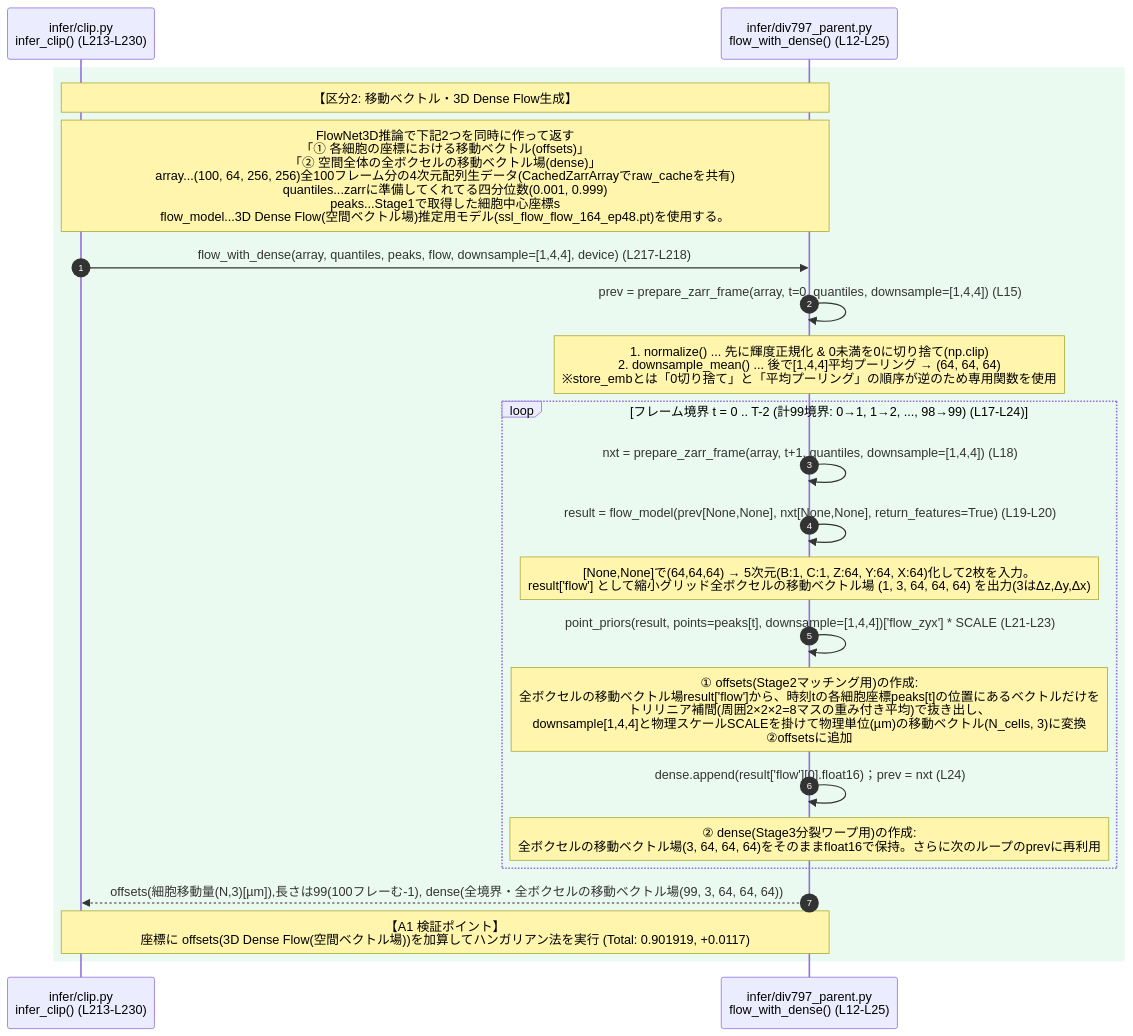
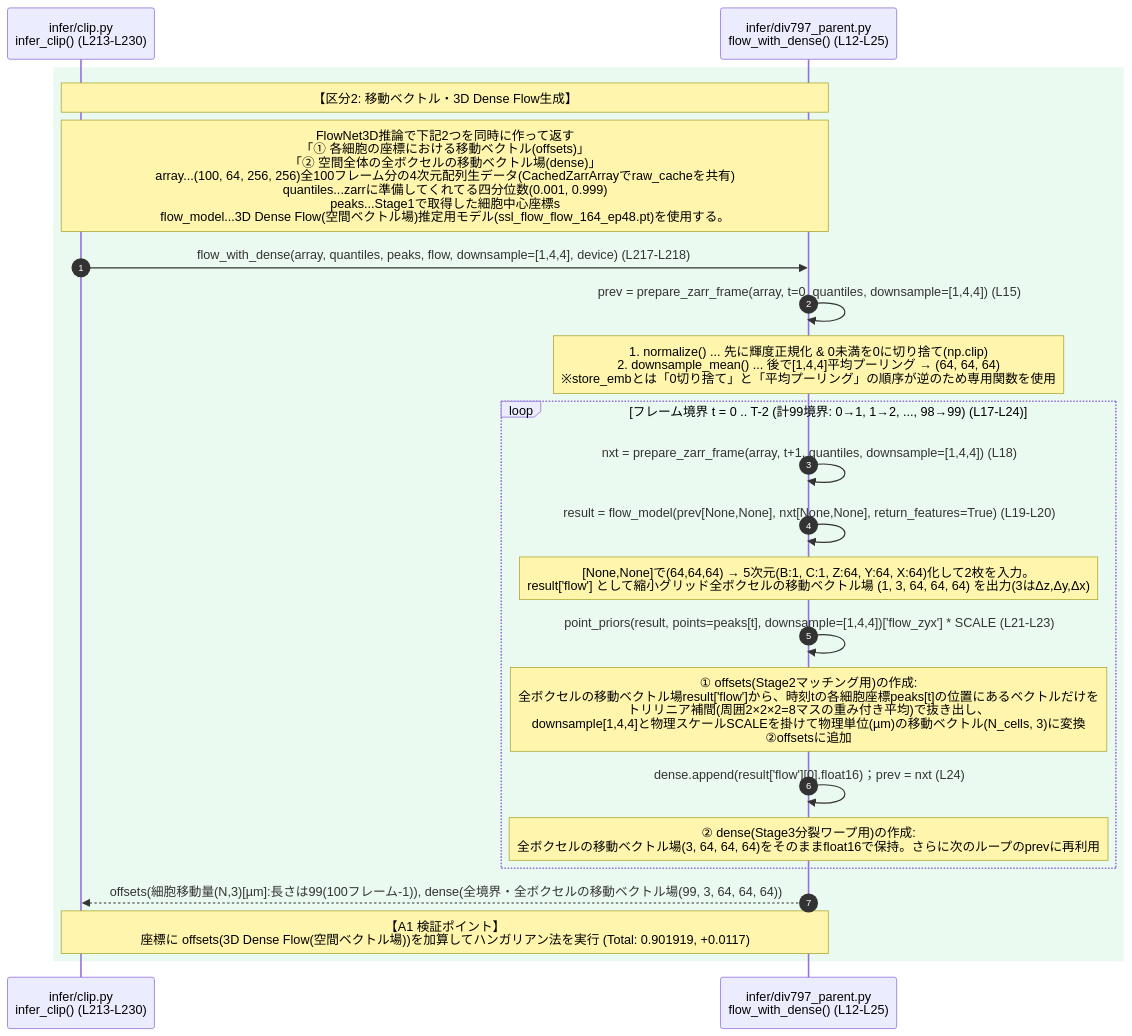
The fifth of 10 diagrams in episode/Summary&Conclusion/3rd-place-summary.md (kito2718/kgle_001_BCT_Episode), drawn with Mermaid before and after one commit. The commit also changed other lines of this file, not shown here.

````diff
--- a/episode/Summary&Conclusion/3rd-place-summary.md
+++ b/episode/Summary&Conclusion/3rd-place-summary.md
@@ -330,26 +330,26 @@
 ```mermaid
 sequenceDiagram
     autonumber
     participant Clip as infer/clip.py<br/>infer_clip() (L213-L230)
     participant Flow as infer/div797_parent.py<br/>flow_with_dense() (L12-L25)
 
     rect rgb(235, 250, 240)
     Note over Clip, Flow: 【区分2: 移動ベクトル・3D Dense Flow生成】
     Note over Clip, Flow: FlowNet3D推論で下記2つを同時に作って返す<br/>「① 各細胞の座標における移動ベクトル(offsets)」<br/>「② 空間全体の全ボクセルの移動ベクトル場(dense)」<br/>array...(100, 64, 256, 256)全100フレーム分の4次元配列生データ(CachedZarrArrayでraw_cacheを共有)<br/>quantiles...zarrに準備してくれてる四分位数(0.001, 0.999)<br/>peaks...Stage1で取得した細胞中心座標s<br/>flow_model...3D Dense Flow(空間ベクトル場)推定用モデル(ssl_flow_flow_164_ep48.pt)を使用する。
     Clip->>Flow: flow_with_dense(array, quantiles, peaks, flow, downsample=[1,4,4], device) (L217-L218)
     Flow->>Flow: prev = prepare_zarr_frame(array, t=0, quantiles, downsample=[1,4,4]) (L15)
     Note over Flow: 1. normalize() ... 先に輝度正規化 & 0未満を0に切り捨て(np.clip)<br/>2. downsample_mean() ... 後で[1,4,4]平均プーリング → (64, 64, 64)<br/>※store_embとは「0切り捨て」と「平均プーリング」の順序が逆のため専用関数を使用
     loop フレーム境界 t = 0 .. T-2 (計99境界: 0→1, 1→2, ..., 98→99) (L17-L24)
         Flow->>Flow: nxt = prepare_zarr_frame(array, t+1, quantiles, downsample=[1,4,4]) (L18)
         Flow->>Flow: result = flow_model(prev[None,None], nxt[None,None], return_features=True) (L19-L20)
         Note over Flow: [None,None]で(64,64,64) → 5次元(B:1, C:1, Z:64, Y:64, X:64)化して2枚を入力。<br/>result['flow'] として縮小グリッド全ボクセルの移動ベクトル場 (1, 3, 64, 64, 64) を出力(3はΔz,Δy,Δx)
         Flow->>Flow: point_priors(result, points=peaks[t], downsample=[1,4,4])['flow_zyx'] * SCALE (L21-L23)
         Note over Flow: ① offsets(Stage2マッチング用)の作成:<br/>全ボクセルの移動ベクトル場result['flow']から、時刻tの各細胞座標peaks[t]の位置にあるベクトルだけを<br/>トリリニア補間(周囲2×2×2=8マスの重み付き平均)で抜き出し、<br/>downsample[1,4,4]と物理スケールSCALEを掛けて物理単位(µm)の移動ベクトル(N_cells, 3)に変換<br/>②offsetsに追加
         Flow->>Flow: dense.append(result['flow'][0].float16)；prev = nxt (L24)
         Note over Flow: ② dense(Stage3分裂ワープ用)の作成:<br/>全ボクセルの移動ベクトル場(3, 64, 64, 64)をそのままfloat16で保持。さらに次のループのprevに再利用
     end
-    Flow-->>Clip: offsets(細胞移動量(N,3)[µm]),長さは99(100フレーむ-1), dense(全境界・全ボクセルの移動ベクトル場(99, 3, 64, 64, 64))
+    Flow-->>Clip: offsets(細胞移動量(N,3)[µm]:長さは99(100フレーム-1)), dense(全境界・全ボクセルの移動ベクトル場(99, 3, 64, 64, 64))
     Note over Clip,Flow:【A1 検証ポイント】<br/>座標に offsets(3D Dense Flow(空間ベクトル場))を加算してハンガリアン法を実行 (Total: 0.901919, +0.0117)
     end
 
 ```
````
